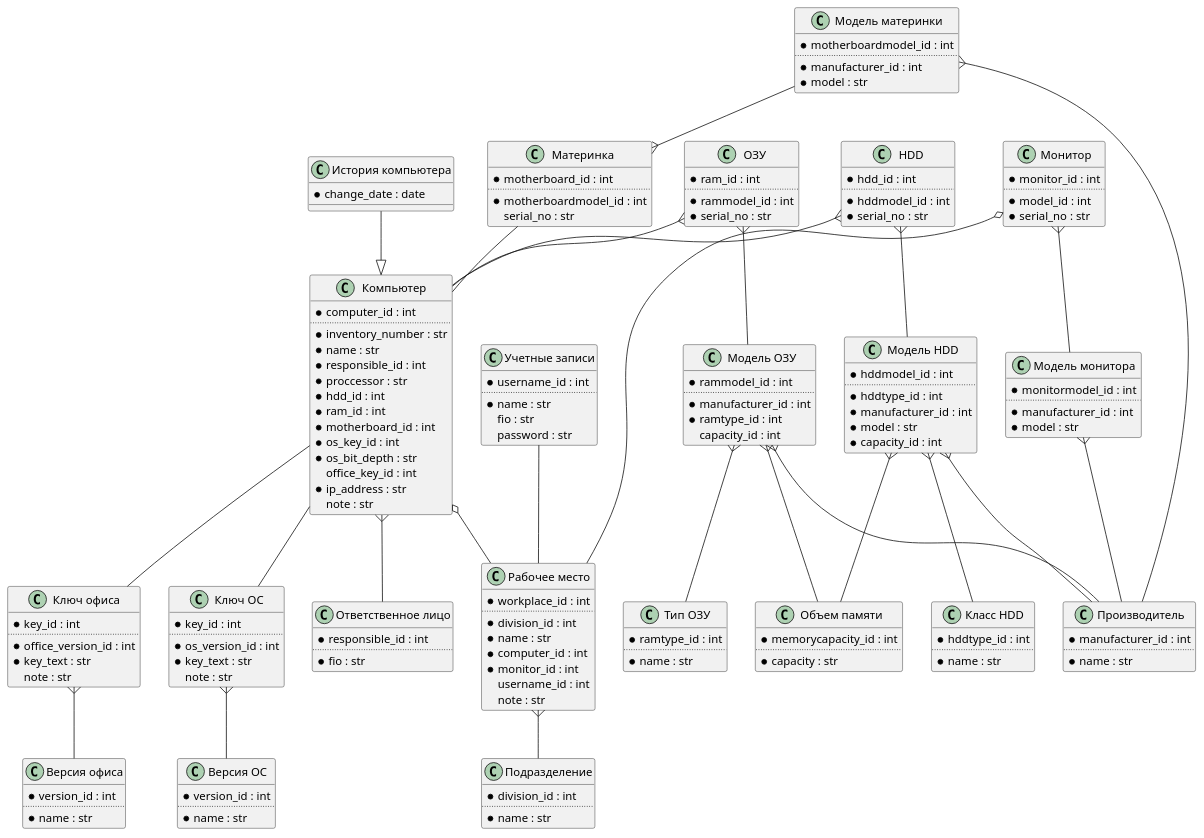
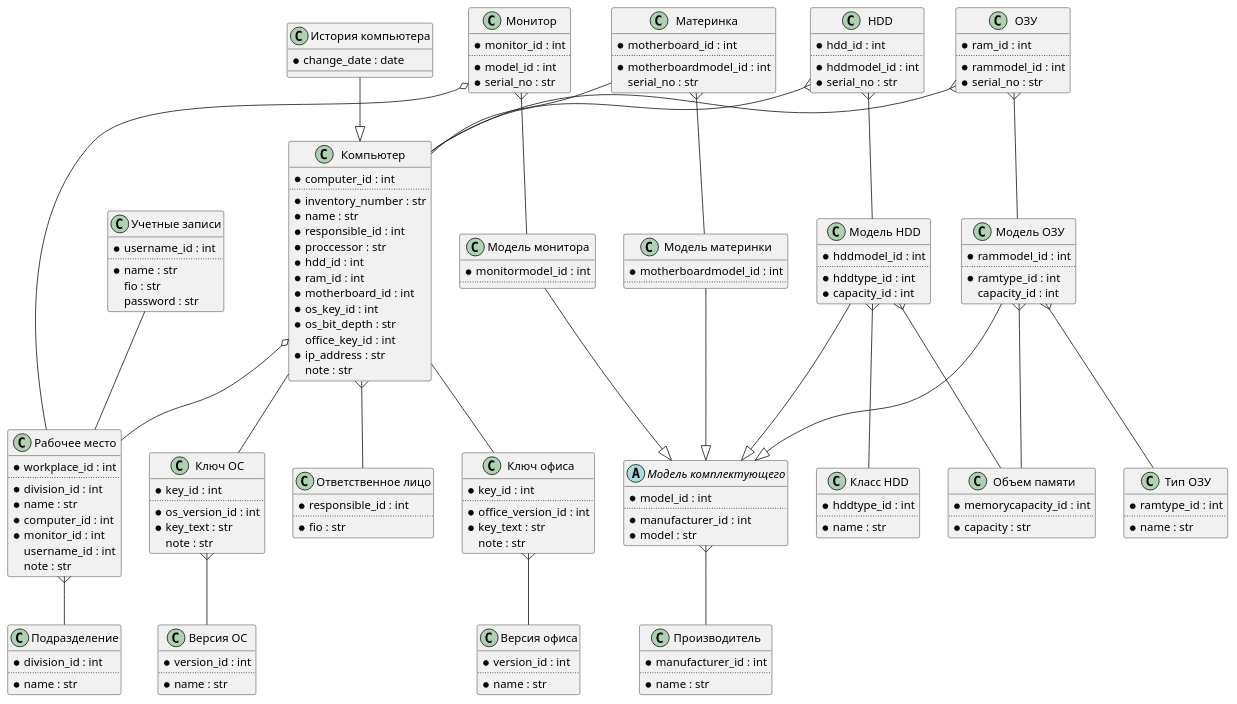
One commit to IamEvrik/ipce changed the diagram in database.plantuml. Above: the diagram before and after it, drawn with PlantUML. The commit also changed 4 other files, not shown here.

Commit message:
Change AbstractManufacturerModel with AbstractAccessoryModel (add model field)

```diff
--- a/database.plantuml
+++ b/database.plantuml
@@ -1,192 +1,194 @@
 @startuml
 
 class "Версия офиса" as OfficeVersion {
 	{field} *version_id : int
 	..
 	{field} *name : str
 }
 
 class "Ключ офиса" as OfficeKey {
 	{field} *key_id : int
 	..
 	{field} *office_version_id : int
 	{field} *key_text : str
 	{field} note : str
 }
 
 class "Версия ОС" as OSVersion {
 	{field} *version_id : int
 	..
 	{field} *name : str
 }
 
 class "Ключ ОС" as OSKey {
 	{field} *key_id : int
 	..
 	{field} *os_version_id : int
 	{field} *key_text : str
 	{field} note : str
 }
 
 class "Подразделение" as Division {
 	{field} *division_id : int
 	..
 	{field} *name : str
 }
 
 class "Рабочее место" as WorkPlace {
 	{field} *workplace_id : int
 	..
 	{field} *division_id : int
 	{field} *name : str
 	{field} *computer_id : int
 	{field} *monitor_id : int
 	{field} username_id : int
 	{field} note : str
 } 
 
 class "Компьютер" as Computer {
 	{field} *computer_id : int
 	..
 	{field} *inventory_number : str
 	{field} *name : str
 	{field} *responsible_id : int
 	{field} *proccessor : str
 	{field} *hdd_id : int
 	{field} *ram_id : int
 	{field} *motherboard_id : int
 	{field} *os_key_id : int
 	{field} *os_bit_depth : str
 	{field} office_key_id : int
 	{field} *ip_address : str
 	{field} note : str
 }	
 
 class "История компьютера" as ComputerHistory {
 	{field} *change_date : date
 }
 
 class "Монитор" as Monitor {
 	{field} *monitor_id : int
 	..
 	{field} *model_id : int
 	{field} *serial_no : str
 }
 
 class "Учетные записи" as UserName {
 	{field} *username_id : int
 	..
 	{field} *name : str
 	{field} fio : str
 	{field} password : str
 }
 
 class "Ответственное лицо" as Responsible {
 	{field} *responsible_id : int
 	..
 	{field} *fio : str
 } 
 		
 class "Производитель" as Manufacturer {
 	{field} *manufacturer_id : int
 	..
 	{field} *name : str
 }
 
+abstract class "Модель комплектующего" as AbstractAccessoryModel {
+	{field} *model_id : int
+	..
+	{field} *manufacturer_id : int
+	{field} *model : str
+}
+
 class "Тип ОЗУ" as RAMType {
 	{field} *ramtype_id : int
 	..
 	{field} *name : str
 }
 
 class "Объем памяти" as MemoryCapacity {
 	{field} *memorycapacity_id : int
 	..
 	{field} *capacity : str	
 }
 
 class "ОЗУ" as RAM {
 	{field} *ram_id : int
 	..
 	{field} *rammodel_id : int
 	{field} *serial_no : str
 }
 
 class "Класс HDD" as HDDType {
 	{field} *hddtype_id : int
 	..
 	{field} *name : str
 }
 
 class "HDD" as HDD {
 	{field} *hdd_id : int
 	..
 	{field} *hddmodel_id : int
 	{field} *serial_no : str
 }
 
 class "Модель ОЗУ" as RAMModel {
 	{field} *rammodel_id : int
 	..
-	{field} *manufacturer_id : int
 	{field} *ramtype_id : int
 	{field} capacity_id : int
 }
 
 class "Модель HDD" as HDDModel {
 	{field} *hddmodel_id : int
 	..
 	{field} *hddtype_id : int
-	{field} *manufacturer_id : int
-	{field} *model : str
 	{field} *capacity_id : int	
 }
 
 class "Модель монитора" as MonitorModel {
 	{field} *monitormodel_id : int
 	..
-	{field} *manufacturer_id : int
-	{field} *model : str	
 }		
 
 class "Модель материнки" as MotherboardModel {
 	{field} *motherboardmodel_id : int
 	..
-	{field} *manufacturer_id : int
-	{field} *model : str
 }
 
 class "Материнка" as Motherboard {
 	{field} *motherboard_id : int
 	..
 	{field} *motherboardmodel_id : int
 	{field} serial_no : str
 }
 
+
 OfficeKey }-- OfficeVersion
 OSKey }-- OSVersion
 WorkPlace }-- Division	
 Computer -- OSKey
 Computer -- OfficeKey
 Computer o-- WorkPlace	
 Computer }-- Responsible
 ComputerHistory --|> Computer
+AbstractAccessoryModel }-- Manufacturer
+MonitorModel --|> AbstractAccessoryModel		
 Monitor o-- WorkPlace
 Monitor }-- MonitorModel
-MonitorModel }-- Manufacturer		
 UserName -- WorkPlace
 RAMModel }-- RAMType
 RAMModel }-- MemoryCapacity
-RAMModel }-- Manufacturer
+RAMModel --|> AbstractAccessoryModel
 RAM }-- RAMModel
 RAM }-- Computer
 HDDModel }-- HDDType
 HDD }-- Computer	
-HDDModel }-- Manufacturer
+HDDModel --|> AbstractAccessoryModel
 HDDModel }-- MemoryCapacity
 HDD }-- HDDModel	
-MotherboardModel --{ Motherboard
-MotherboardModel }-- Manufacturer
+MotherboardModel --|> AbstractAccessoryModel
+Motherboard }-- MotherboardModel
 Motherboard -- Computer		
 
 @enduml
```
